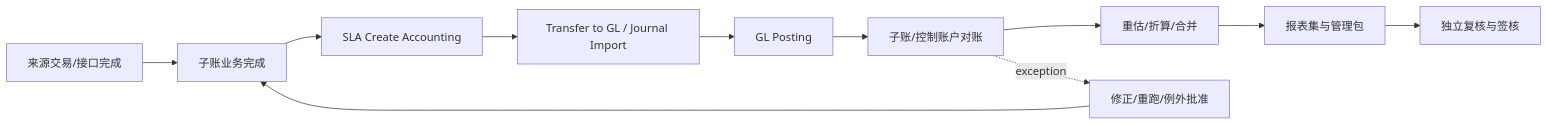
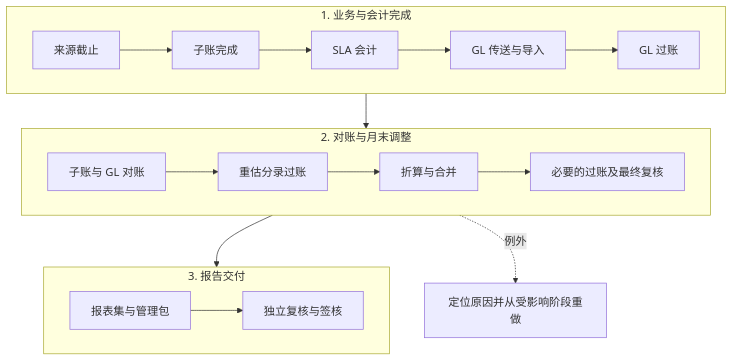
One commit to YaodongJava/oracle-ebs changed the fourth of 7 diagrams in docs/08-reporting-governance.md. Above: the diagram before and after it, drawn with Mermaid. The commit also changed other lines of this file and 1 other file, not shown here.

````diff
--- a/docs/08-reporting-governance.md
+++ b/docs/08-reporting-governance.md
@@ -190,13 +216,22 @@
 ```mermaid
-flowchart LR
-    SRC[来源交易/接口完成] --> SUB[子账业务完成]
-    SUB --> SLA[SLA Create Accounting]
-    SLA --> TRN[Transfer to GL / Journal Import]
-    TRN --> POST[GL Posting]
-    POST --> REC[子账/控制账户对账]
-    REC --> FX[重估/折算/合并]
-    FX --> RPT[报表集与管理包]
-    RPT --> SIGN[独立复核与签核]
-    REC -. exception .-> REWORK[修正/重跑/例外批准]
-    REWORK --> SUB
+flowchart TB
+    subgraph PHASE1[1. 业务与会计完成]
+        direction LR
+        SRC[来源截止] --> SUB[子账完成]
+        SUB --> SLA[SLA 会计]
+        SLA --> TRN[GL 传送与导入]
+        TRN --> POST[GL 过账]
+    end
+    subgraph PHASE2[2. 对账与月末调整]
+        direction LR
+        REC[子账与 GL 对账] --> FX[重估分录过账]
+        FX --> CON[折算与合并]
+        CON --> FIN[必要的过账及最终复核]
+    end
+    subgraph PHASE3[3. 报告交付]
+        direction LR
+        RPT[报表集与管理包] --> SIGN[独立复核与签核]
+    end
+    PHASE1 --> PHASE2 --> PHASE3
+    PHASE2 -. 例外 .-> REWORK[定位原因并从受影响阶段重做]
 ```
````
